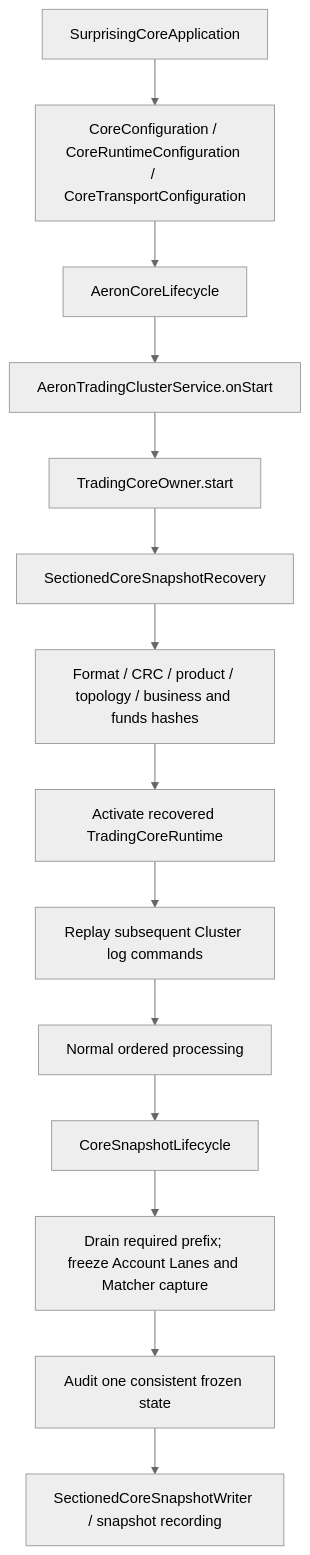
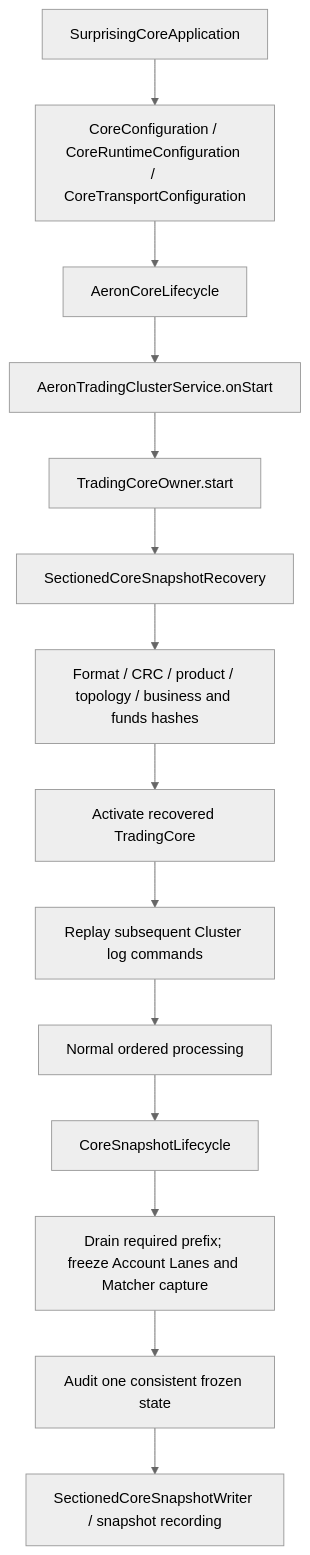
Diagram 13 of 15 in README.md (lilaizhencn/surprising-ex), drawn with Mermaid (neutral theme) before and after one commit. The commit also changed other lines of this file and 329 other files, not shown here.

````diff
--- a/README.md
+++ b/README.md
@@ -307,16 +307,16 @@
 ```mermaid
 flowchart TB
     App[SurprisingCoreApplication] --> Config[CoreConfiguration / CoreRuntimeConfiguration / CoreTransportConfiguration]
     Config --> Lifecycle[AeronCoreLifecycle]
     Lifecycle --> Service[AeronTradingClusterService.onStart]
     Service --> Owner[TradingCoreOwner.start]
     Owner --> Recovery[SectionedCoreSnapshotRecovery]
     Recovery --> Validate[Format / CRC / product / topology / business and funds hashes]
-    Validate --> Activate[Activate recovered TradingCoreRuntime]
+    Validate --> Activate[Activate recovered TradingCore]
     Activate --> Replay[Replay subsequent Cluster log commands]
     Replay --> Running[Normal ordered processing]
     Running --> Snapshot[CoreSnapshotLifecycle]
     Snapshot --> Barrier[Drain required prefix; freeze Account Lanes and Matcher capture]
     Barrier --> Audit[Audit one consistent frozen state]
     Audit --> Writer[SectionedCoreSnapshotWriter / snapshot recording]
 ```
````
